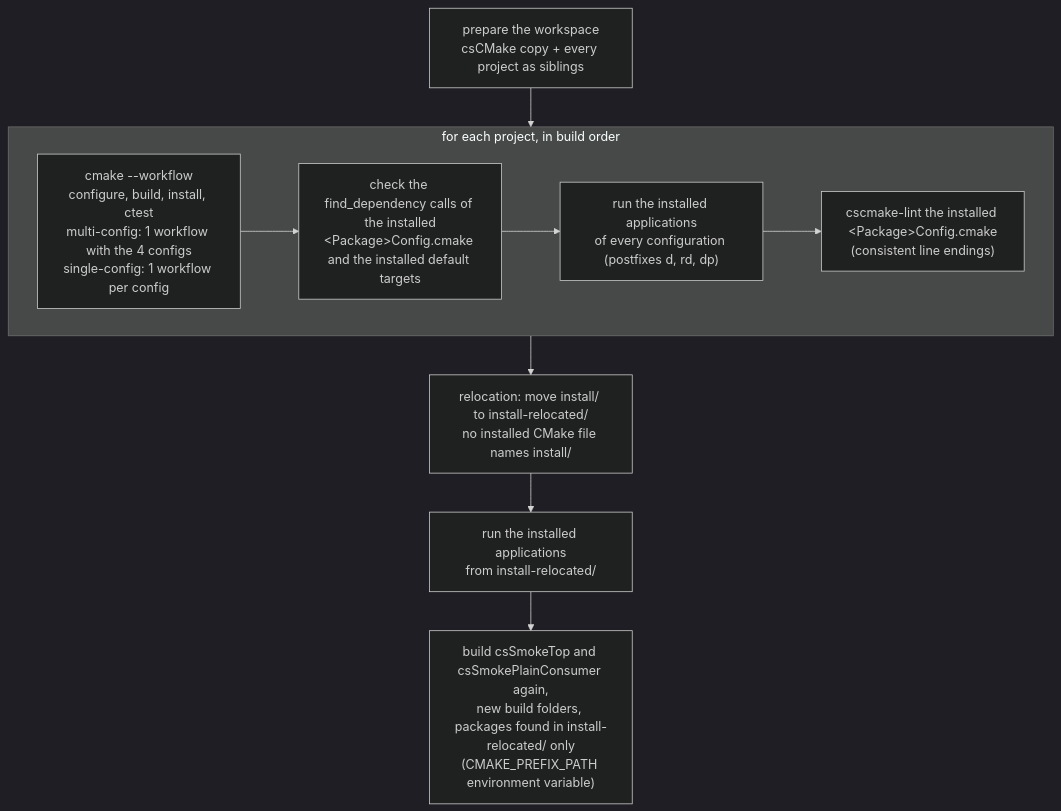
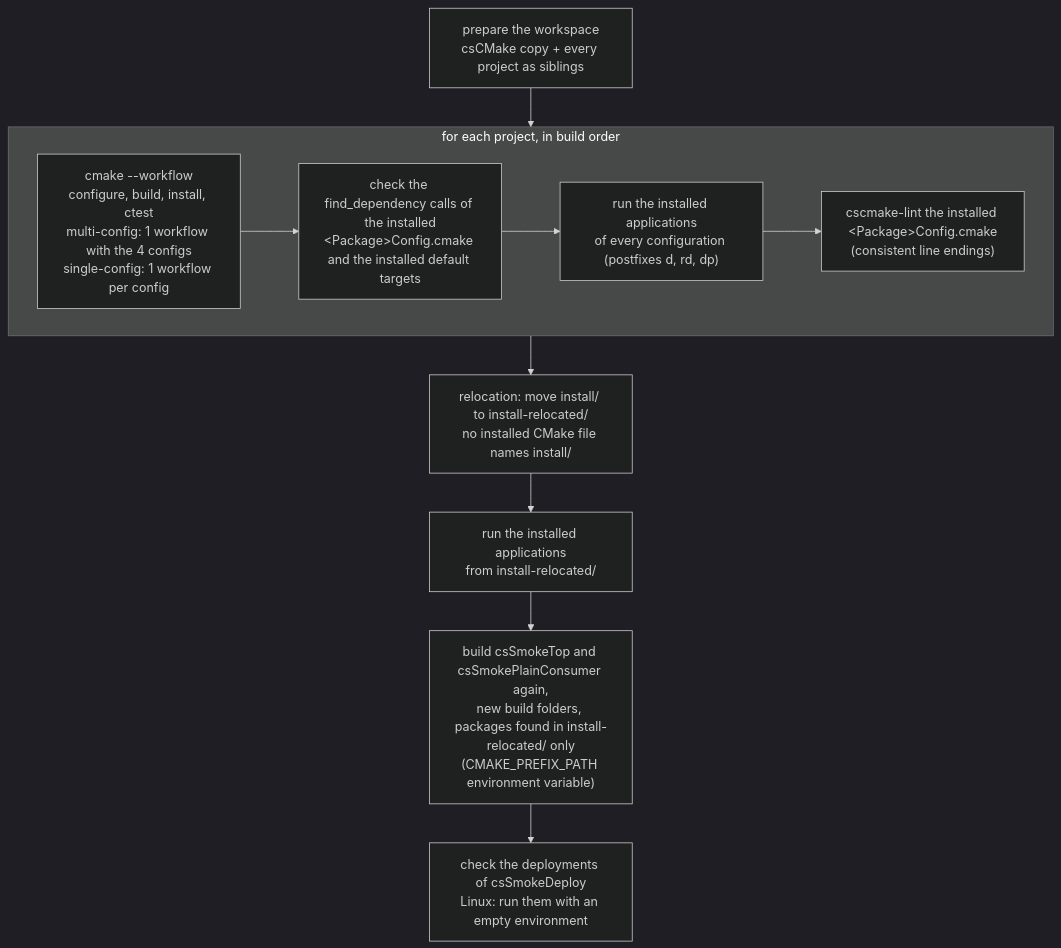
One commit to cscosine/csCMake changed the third of 3 diagrams in docs/advanced/smoke-tests.md. Above: the diagram before and after it, drawn with Mermaid (dark theme). The commit also changed other lines of this file and 17 other files, not shown here.

````diff
--- a/docs/advanced/smoke-tests.md
+++ b/docs/advanced/smoke-tests.md
@@ -98,14 +101,15 @@
 ```mermaid
 flowchart TD
     ws["prepare the workspace<br/>csCMake copy + every project as siblings"] --> loop
     subgraph loop["for each project, in build order"]
         wf["cmake --workflow<br/>configure, build, install, ctest<br/>multi-config: 1 workflow with the 4 configs<br/>single-config: 1 workflow per config"]
         deps["check the find_dependency calls of the installed<br/>&lt;Package&gt;Config.cmake and the installed default targets"]
         apps["run the installed applications<br/>of every configuration (postfixes d, rd, dp)"]
         lint["cscmake-lint the installed &lt;Package&gt;Config.cmake<br/>(consistent line endings)"]
         wf --> deps --> apps --> lint
     end
     loop --> move["relocation: move install/ to install-relocated/<br/>no installed CMake file names install/"]
     move --> moved["run the installed applications<br/>from install-relocated/"]
     moved --> rebuild["build csSmokeTop and csSmokePlainConsumer again,<br/>new build folders, packages found in install-relocated/ only<br/>(CMAKE_PREFIX_PATH environment variable)"]
+    rebuild --> deployments["check the deployments of csSmokeDeploy<br/>Linux: run them with an empty environment"]
 ```
````
